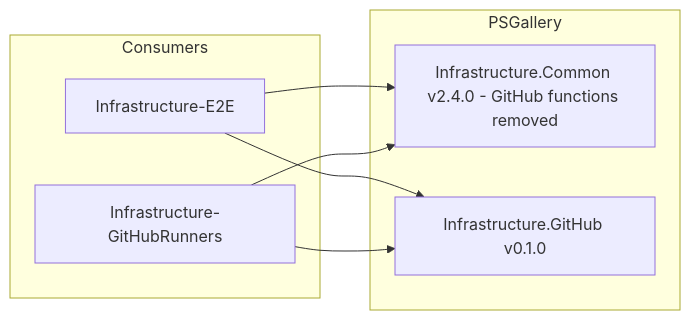
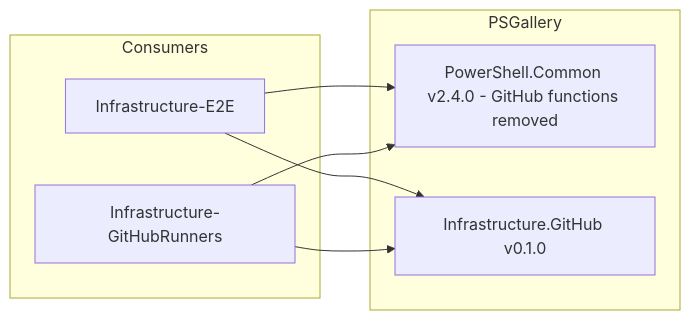
Before and after one commit to Klark-Morrigan/Common-PowerShell: the fifth of 5 diagrams in docs/dev/implementation/-4 - extract Infrastructure.GitHub/plan.md, drawn with Mermaid. The commit also changed other lines of this file and 57 other files, not shown here.

Commit message:
chore: rename repo to PowerShell-Common

````diff
--- a/docs/dev/implementation/-4 - extract Infrastructure.GitHub/plan.md
+++ b/docs/dev/implementation/-4 - extract Infrastructure.GitHub/plan.md
@@ -303,15 +303,15 @@
 ```mermaid
 graph LR
   subgraph PSGallery
-    Common[Infrastructure.Common v2.4.0 - GitHub functions removed]
+    Common[PowerShell.Common v2.4.0 - GitHub functions removed]
     GitHub[Infrastructure.GitHub v0.1.0]
   end
   subgraph Consumers
     E2E[Infrastructure-E2E]
     Runners[Infrastructure-GitHubRunners]
   end
   E2E --> Common
   E2E --> GitHub
   Runners --> Common
   Runners --> GitHub
 ```
````
